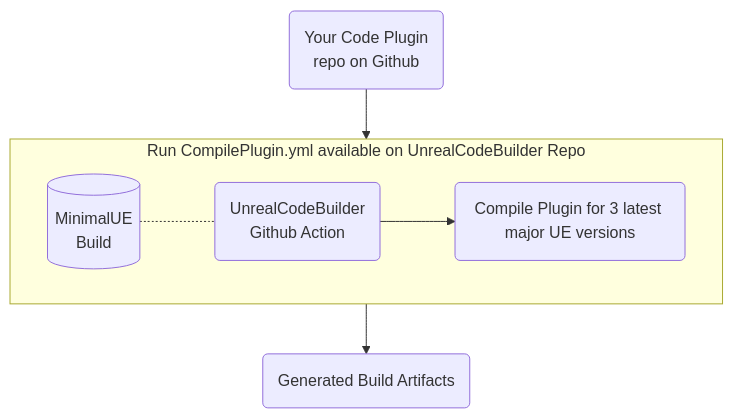
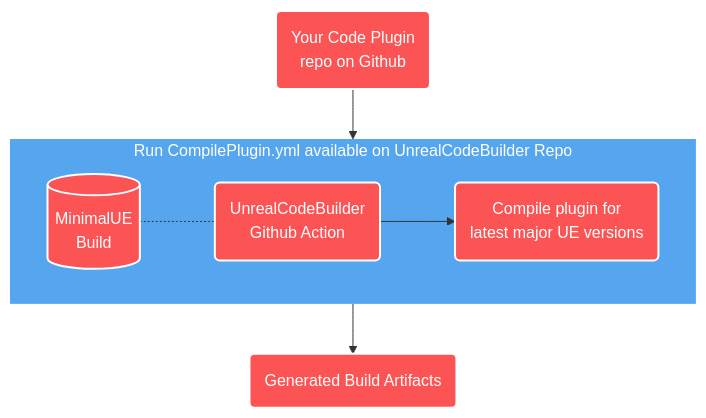
Before and after one commit to Guganana/UnrealPluginCIWithGithubActions: the diagram in README.md, drawn with Mermaid.

````diff
--- a/README.md
+++ b/README.md
@@ -16,17 +16,24 @@
 ```mermaid
+%%{init: {'theme': 'base', 'themeVariables': { 'fontSize': '14px', 'fontFamily': '"Segoe UI","Noto Sans"'}}}%%
 graph TB
 A(Your Code Plugin<br>repo on Github)
 E(Generated Build Artifacts)
 
 subgraph one["Run CompilePlugin.yml available on UnrealCodeBuilder Repo"]
     direction LR
     C[(MinimalUE<br>Build)]
     D(UnrealCodeBuilder<br>Github Action)
-    Compile(Compile Plugin for 3 latest major UE versions)
+    Compile(Compile plugin for<br>latest major UE versions)
     C -.- D
     D --> Compile
 end
 
 A --> one
 one --> E
+
+style one fill:#55A6ee, stroke:transparent,color:#fff;
+classDef customStyle fill:#fc5454, stroke:#fff, stroke-width:2px,color:white;
+class A,C,D,E,Compile customStyle;
+
+%%style A fill:transparent,stroke:#000,stroke-width:2px,margin:10px
 ```
````
